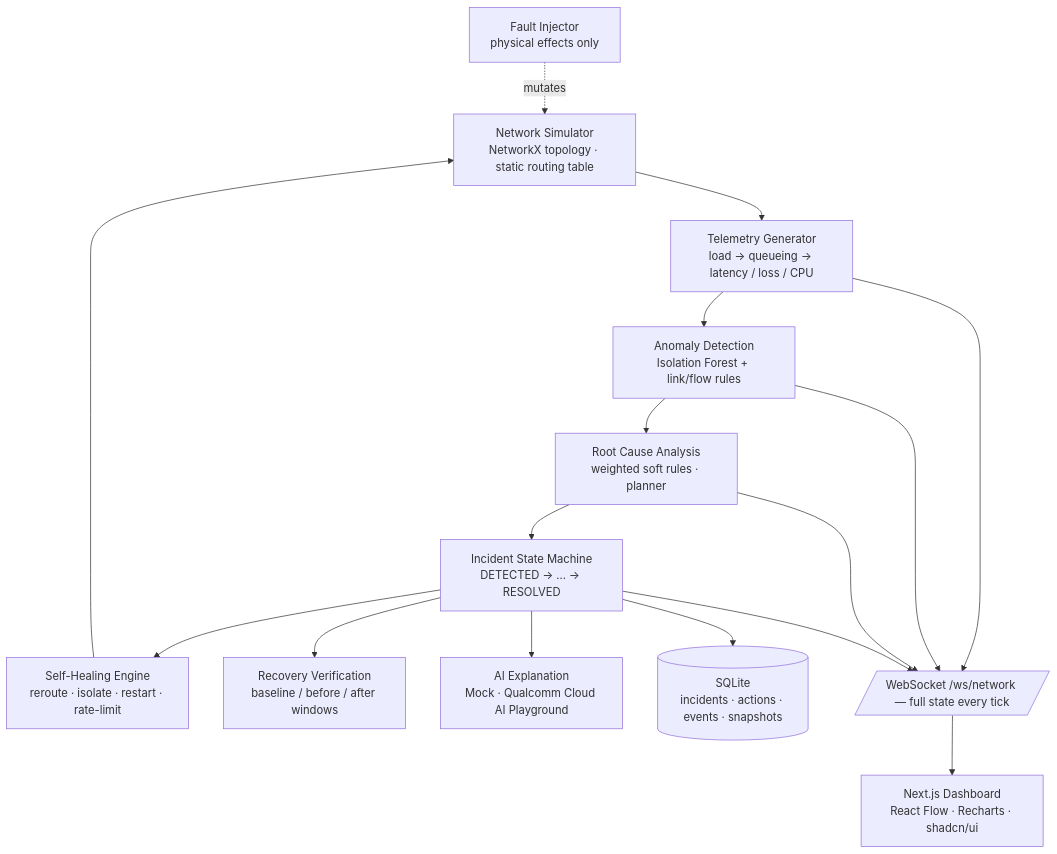
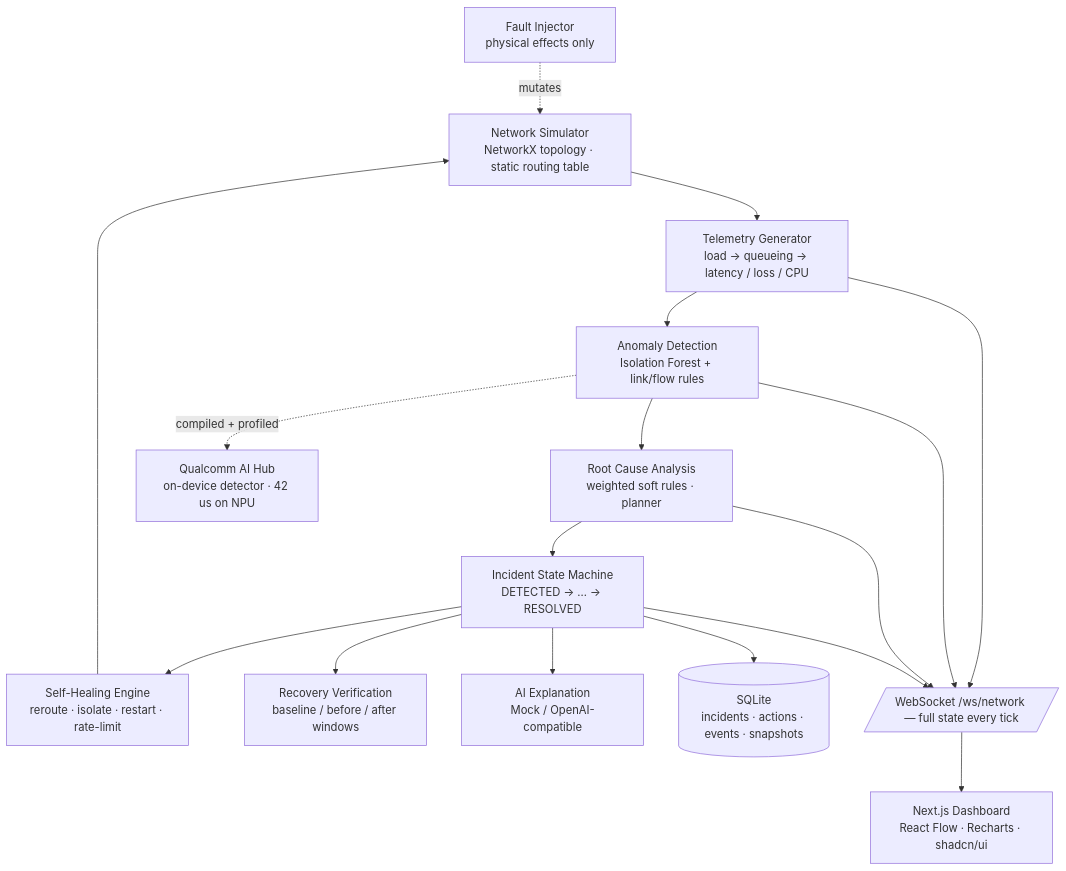
One commit to Aarjav-333/netmedic-ai changed the diagram in README.md. Above: the diagram before and after it, drawn with Mermaid. The commit also changed other lines of this file and 13 other files, not shown here.

````diff
--- a/README.md
+++ b/README.md
@@ -69,15 +69,16 @@
 ```mermaid
 flowchart TD
     FI[Fault Injector<br/>physical effects only] -. mutates .-> SIM
     SIM[Network Simulator<br/>NetworkX topology · static routing table] --> TEL[Telemetry Generator<br/>load → queueing → latency / loss / CPU]
     TEL --> DET[Anomaly Detection<br/>Isolation Forest + link/flow rules]
     DET --> RCA[Root Cause Analysis<br/>weighted soft rules · planner]
     RCA --> IM[Incident State Machine<br/>DETECTED → … → RESOLVED]
     IM --> HEAL[Self-Healing Engine<br/>reroute · isolate · restart · rate-limit]
     HEAL --> SIM
     IM --> VER[Recovery Verification<br/>baseline / before / after windows]
-    IM --> AI[AI Explanation<br/>Mock · Qualcomm Cloud AI Playground]
+    IM --> AI[AI Explanation<br/>Mock / OpenAI-compatible]
+    DET -.compiled + profiled.-> EDGE[Qualcomm AI Hub<br/>on-device detector · 42 us on NPU]
     IM --> DB[(SQLite<br/>incidents · actions · events · snapshots)]
     TEL & DET & RCA & IM --> WS[/WebSocket /ws/network — full state every tick/]
     WS --> UI[Next.js Dashboard<br/>React Flow · Recharts · shadcn/ui]
 ```
````
